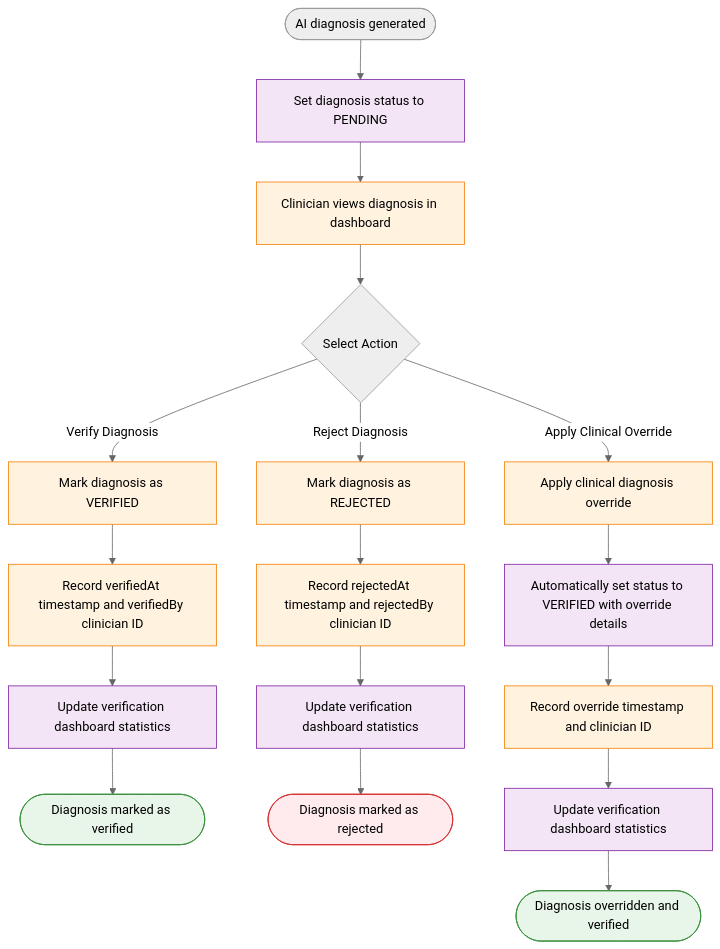
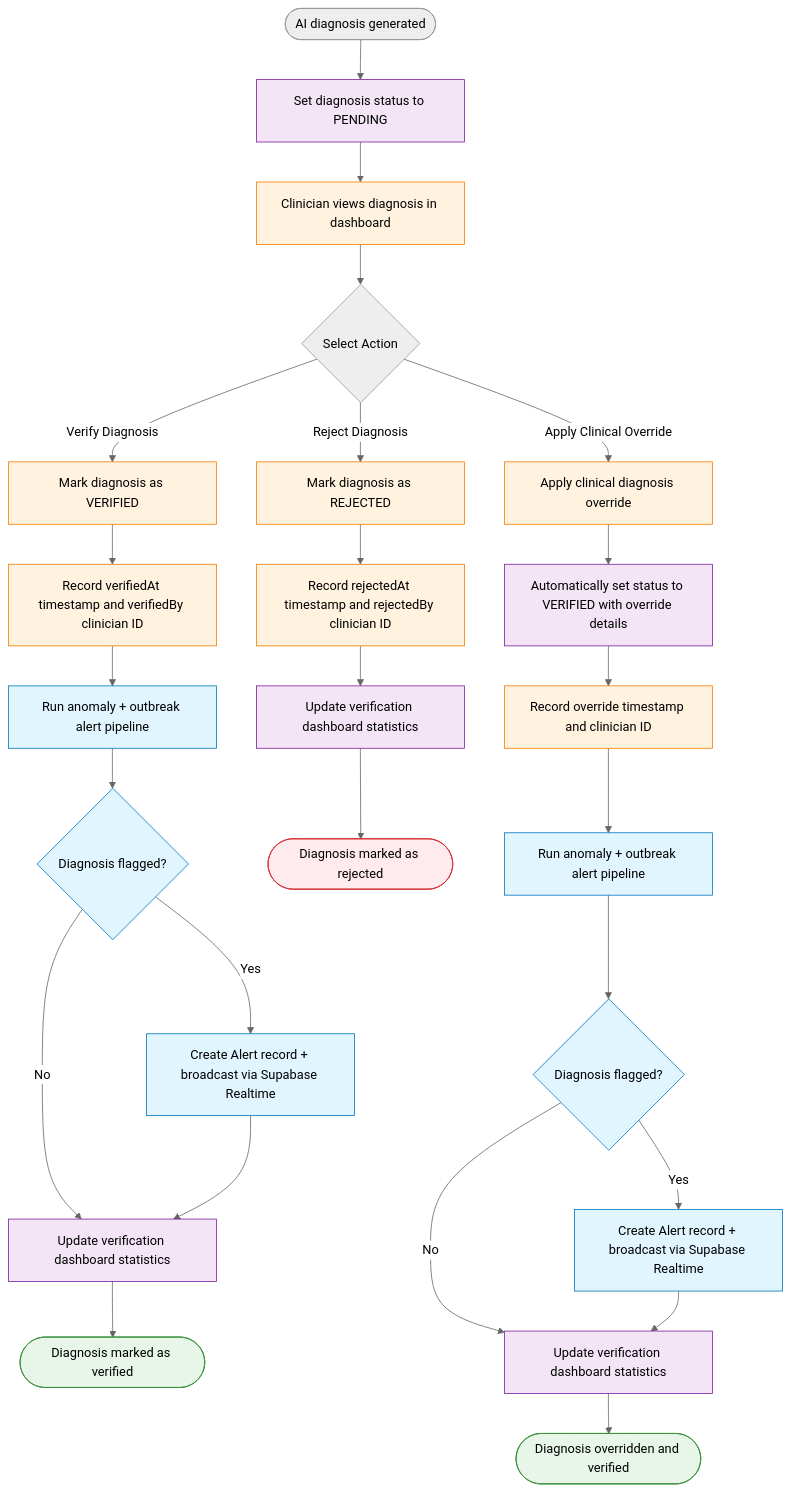
The diagram in docs/DIAGNOSIS-VERIFICATION-FLOWCHART.md (notlath/aill-be-sick), drawn with Mermaid (neutral theme) before and after one commit. The commit also changed other lines of this file and 8 other files, not shown here.

First line of the commit message:
fix: centralize alert pipeline logic and update verification actions

````diff
--- a/docs/DIAGNOSIS-VERIFICATION-FLOWCHART.md
+++ b/docs/DIAGNOSIS-VERIFICATION-FLOWCHART.md
@@ -18,40 +18,50 @@
 ```mermaid
 flowchart TD
     %% ========== ENTRY POINT ==========
     Start([AI diagnosis generated]) --> SetPending[Set diagnosis status to PENDING]
 
     %% ========== CLINICIAN VERIFICATION PROCESS ==========
     SetPending --> ClinicianView[Clinician views diagnosis in dashboard]
     ClinicianView --> ActionDecision{Select Action}
 
     %% ========== VERIFICATION PATH ==========
     ActionDecision -->|Verify Diagnosis| VerifyAction[Mark diagnosis as VERIFIED]
     VerifyAction --> RecordVerify[Record verifiedAt timestamp and verifiedBy clinician ID]
-    RecordVerify --> UpdateStats[Update verification dashboard statistics]
+    RecordVerify --> AlertPipeline[Run anomaly + outbreak alert pipeline]
+    AlertPipeline --> AlertCheck{Diagnosis flagged?}
+    AlertCheck -->|Yes| CreateAlert[Create Alert record + broadcast via Supabase Realtime]
+    AlertCheck -->|No| UpdateStats[Update verification dashboard statistics]
+    CreateAlert --> UpdateStats
     UpdateStats --> VerifiedEnd([Diagnosis marked as verified])
 
     %% ========== REJECTION PATH ==========
     ActionDecision -->|Reject Diagnosis| RejectAction[Mark diagnosis as REJECTED]
     RejectAction --> RecordReject[Record rejectedAt timestamp and rejectedBy clinician ID]
     RecordReject --> UpdateStatsReject[Update verification dashboard statistics]
     UpdateStatsReject --> RejectedEnd([Diagnosis marked as rejected])
 
     %% ========== OVERRIDE PATH ==========
     ActionDecision -->|Apply Clinical Override| OverrideAction[Apply clinical diagnosis override]
     OverrideAction --> AutoVerify[Automatically set status to VERIFIED with override details]
     AutoVerify --> RecordOverride[Record override timestamp and clinician ID]
-    RecordOverride --> UpdateStatsOverride[Update verification dashboard statistics]
+    RecordOverride --> AlertPipelineOverride[Run anomaly + outbreak alert pipeline]
+    AlertPipelineOverride --> AlertCheckOverride{Diagnosis flagged?}
+    AlertCheckOverride -->|Yes| CreateAlertOverride[Create Alert record + broadcast via Supabase Realtime]
+    AlertCheckOverride -->|No| UpdateStatsOverride[Update verification dashboard statistics]
+    CreateAlertOverride --> UpdateStatsOverride
     UpdateStatsOverride --> OverrideEnd([Diagnosis overridden and verified])
 
     %% ========== STYLES ==========
     classDef clinicianNode fill:#fff3e0,stroke:#f57c00
     classDef successNode fill:#e8f5e9,stroke:#388e3c
     classDef errorNode fill:#ffebee,stroke:#d32f2f
     classDef processNode fill:#f3e5f5,stroke:#7b1fa2
+    classDef alertNode fill:#e1f5fe,stroke:#0277bd
 
     %% Apply styles to nodes
     class ClinicianView,VerifyAction,RejectAction,OverrideAction,RecordVerify,RecordReject,RecordOverride clinicianNode
     class VerifiedEnd,OverrideEnd successNode
     class RejectedEnd errorNode
     class SetPending,UpdateStats,UpdateStatsReject,UpdateStatsOverride,AutoVerify processNode
+    class AlertPipeline,AlertCheck,CreateAlert,AlertPipelineOverride,AlertCheckOverride,CreateAlertOverride alertNode
 ```
````
